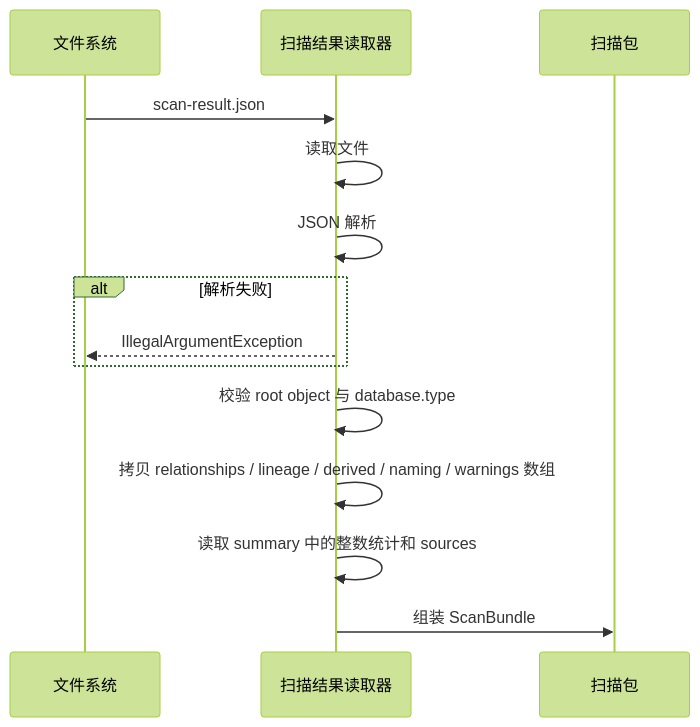
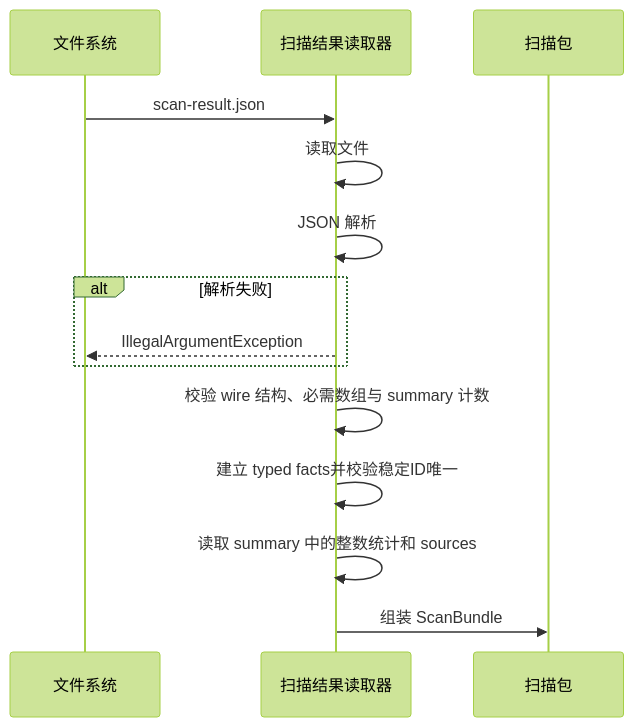
The third of 4 diagrams in docs/design/semantic-layer/01-scan-result-reader.md (xiaoguang/relation-detector), drawn with Mermaid (forest theme) before and after one commit. The commit also changed other lines of this file and 50 other files, not shown here.

````diff
--- a/docs/design/semantic-layer/01-scan-result-reader.md
+++ b/docs/design/semantic-layer/01-scan-result-reader.md
@@ -204,17 +206,17 @@
 ```mermaid
 sequenceDiagram
     participant FS as 文件系统
     participant SR as 扫描结果读取器
     participant SB as 扫描包
 
     FS->>SR: scan-result.json
     SR->>SR: 读取文件
     SR->>SR: JSON 解析
     alt 解析失败
         SR-->>FS: IllegalArgumentException
     end
-    SR->>SR: 校验 root object 与 database.type
-    SR->>SR: 拷贝 relationships / lineage / derived / naming / warnings 数组
+    SR->>SR: 校验 wire 结构、必需数组与 summary 计数
+    SR->>SR: 建立 typed facts并校验稳定ID唯一
     SR->>SR: 读取 summary 中的整数统计和 sources
     SR->>SB: 组装 ScanBundle
 ```
````
